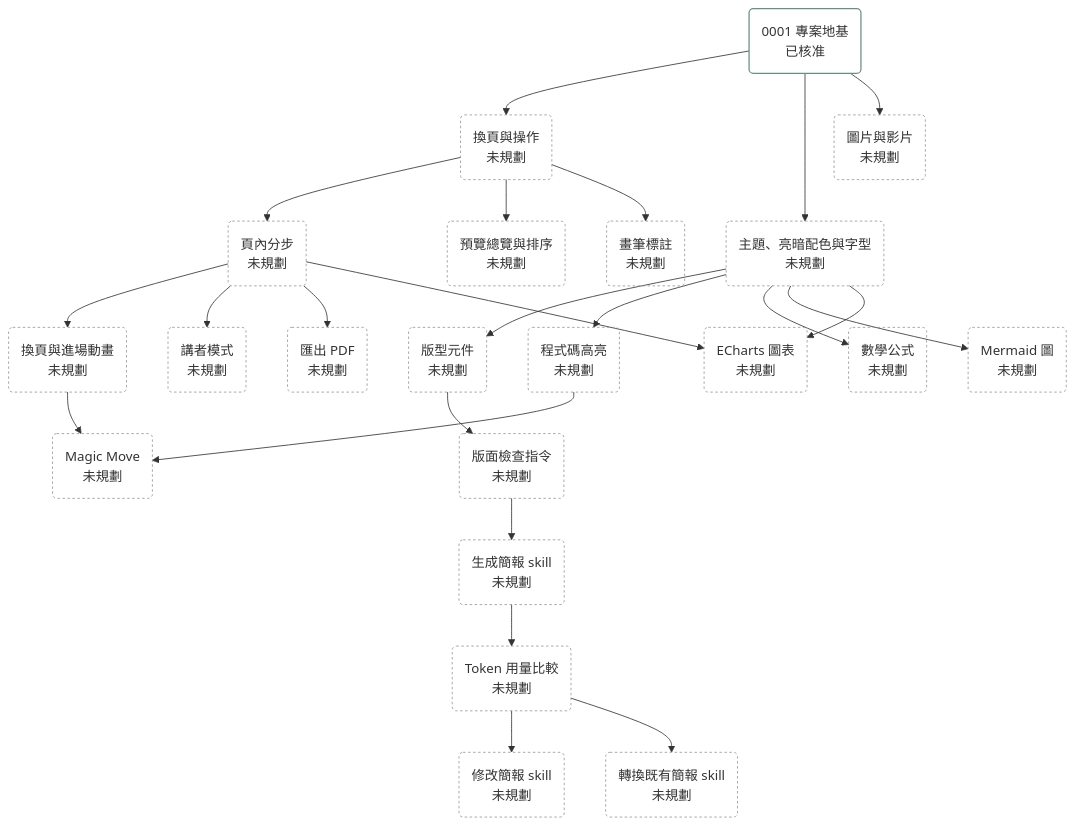
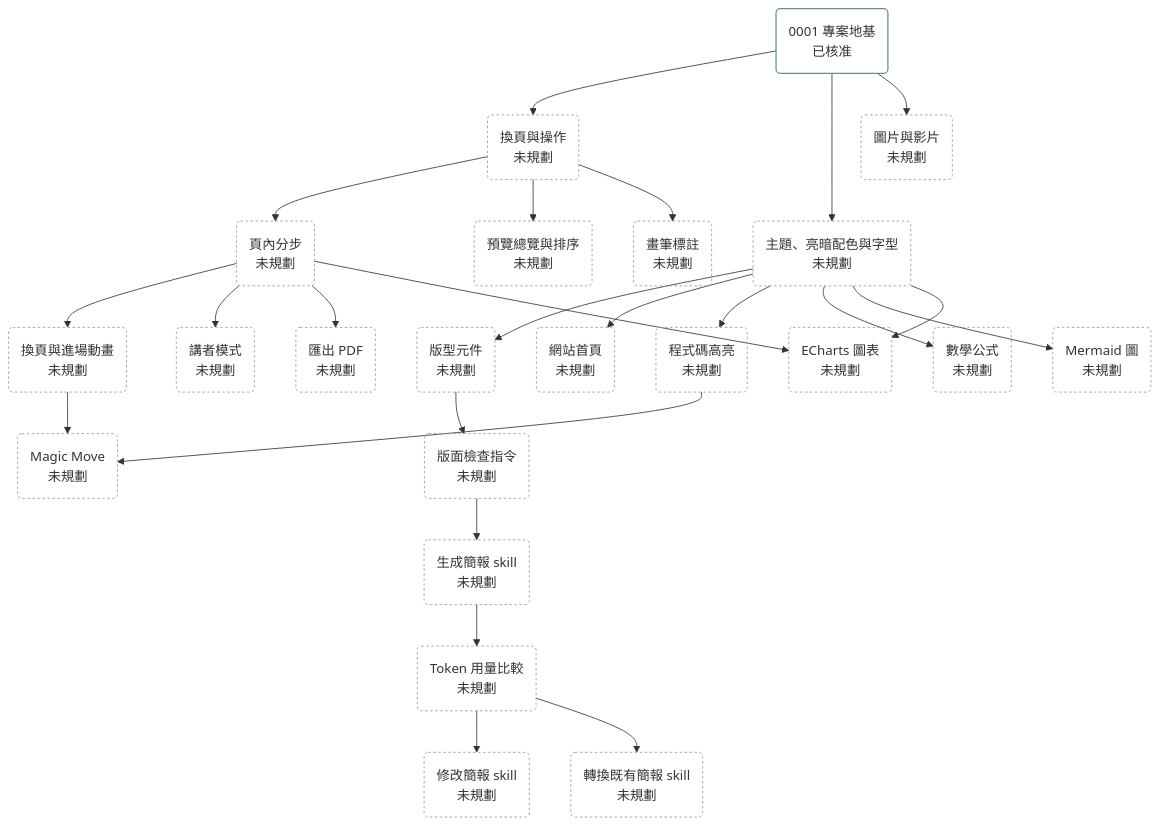
Before and after one commit to bingyangchen/diapo: the diagram in docs/plans/roadmap.md, drawn with Mermaid. The commit also changed other lines of this file and 4 other files, not shown here.

````diff
--- a/docs/plans/roadmap.md
+++ b/docs/plans/roadmap.md
@@ -7,41 +7,43 @@
 ```mermaid
 flowchart TD
   P0001("0001 專案地基<br/>已核准"):::approved
   navigation("換頁與操作<br/>未規劃"):::unplanned
   steps("頁內分步<br/>未規劃"):::unplanned
   transitions("換頁與進場動畫<br/>未規劃"):::unplanned
   magic_move("Magic Move<br/>未規劃"):::unplanned
   overview("預覽總覽與排序<br/>未規劃"):::unplanned
   annotation("畫筆標註<br/>未規劃"):::unplanned
   presenter("講者模式<br/>未規劃"):::unplanned
   theme("主題、亮暗配色與字型<br/>未規劃"):::unplanned
   layouts("版型元件<br/>未規劃"):::unplanned
   media("圖片與影片<br/>未規劃"):::unplanned
   code_highlight("程式碼高亮<br/>未規劃"):::unplanned
   math("數學公式<br/>未規劃"):::unplanned
   mermaid_diagram("Mermaid 圖<br/>未規劃"):::unplanned
   charts("ECharts 圖表<br/>未規劃"):::unplanned
   pdf_export("匯出 PDF<br/>未規劃"):::unplanned
+  site_home("網站首頁<br/>未規劃"):::unplanned
   layout_check("版面檢查指令<br/>未規劃"):::unplanned
   skill_generate("生成簡報 skill<br/>未規劃"):::unplanned
   token_benchmark("Token 用量比較<br/>未規劃"):::unplanned
   skill_modify("修改簡報 skill<br/>未規劃"):::unplanned
   skill_convert("轉換既有簡報 skill<br/>未規劃"):::unplanned
   P0001 --> navigation --> steps --> transitions --> magic_move
   navigation --> overview
   navigation --> annotation
   steps --> presenter
   steps --> pdf_export
   P0001 --> theme --> layouts --> layout_check --> skill_generate
   skill_generate --> token_benchmark --> skill_modify
   token_benchmark --> skill_convert
   P0001 --> media
+  theme --> site_home
   theme --> code_highlight --> magic_move
   theme --> math
   theme --> mermaid_diagram
   theme --> charts
   steps --> charts
   classDef done fill:#4f7262,stroke:#4f7262,color:#f7f5f0
   classDef approved fill:none,stroke:#6b8f7e,stroke-width:1.5px
   classDef unplanned fill:none,stroke:#9a978f,stroke-dasharray:3 3
 ```
````
